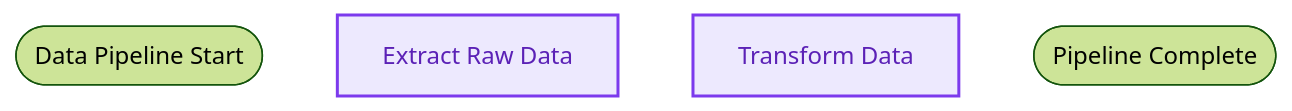
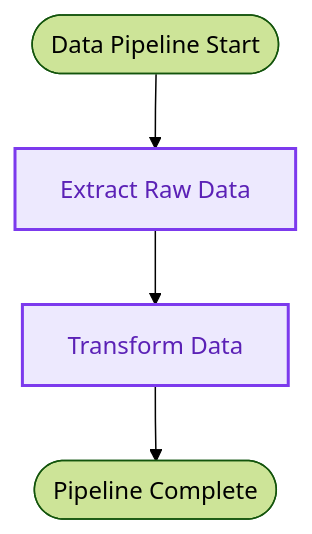
The sixth of 14 diagrams in README.md (pjt222/putior), drawn with Mermaid (forest theme) before and after one commit. The commit also changed other lines of this file and 4 other files, not shown here.

````diff
--- a/README.md
+++ b/README.md
@@ -297,12 +309,17 @@
 ```mermaid
 flowchart TD
     pipeline_start([Data Pipeline Start])
     extract_data[Extract Raw Data]
     transform_data[Transform Data]
     pipeline_end([Pipeline Complete])
 
+    %% Connections
+    pipeline_start --> extract_data
+    extract_data --> transform_data
+    transform_data --> pipeline_end
+
     %% Styling
     classDef processStyle fill:#ede9fe,stroke:#7c3aed,stroke-width:2px,color:#5b21b6
     class extract_data processStyle
     class transform_data processStyle
 ```
````
